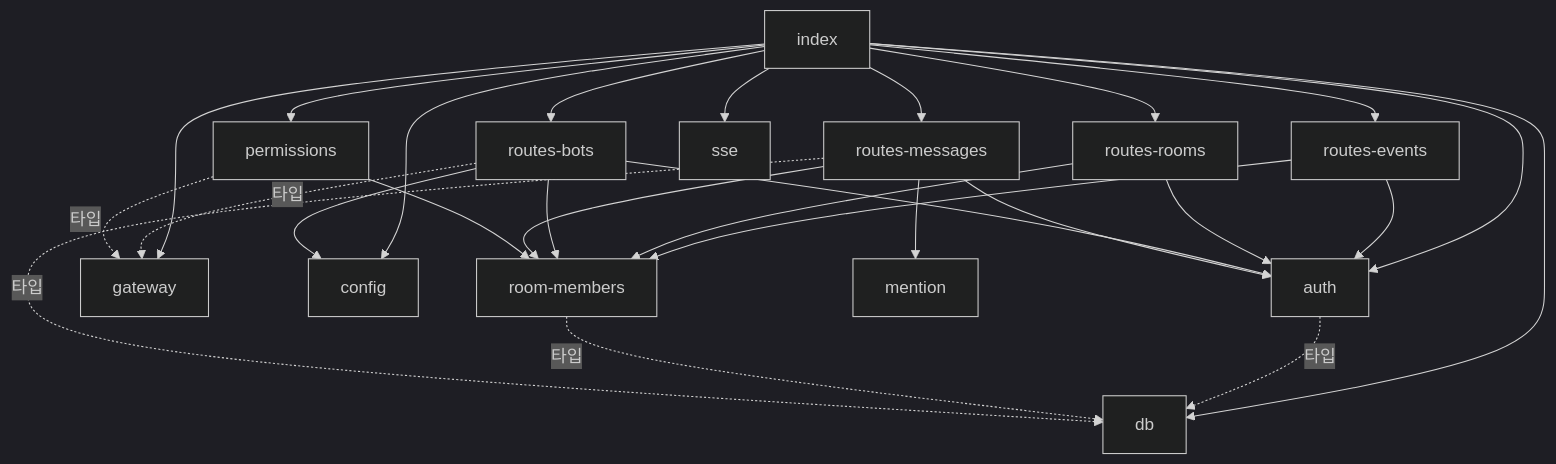
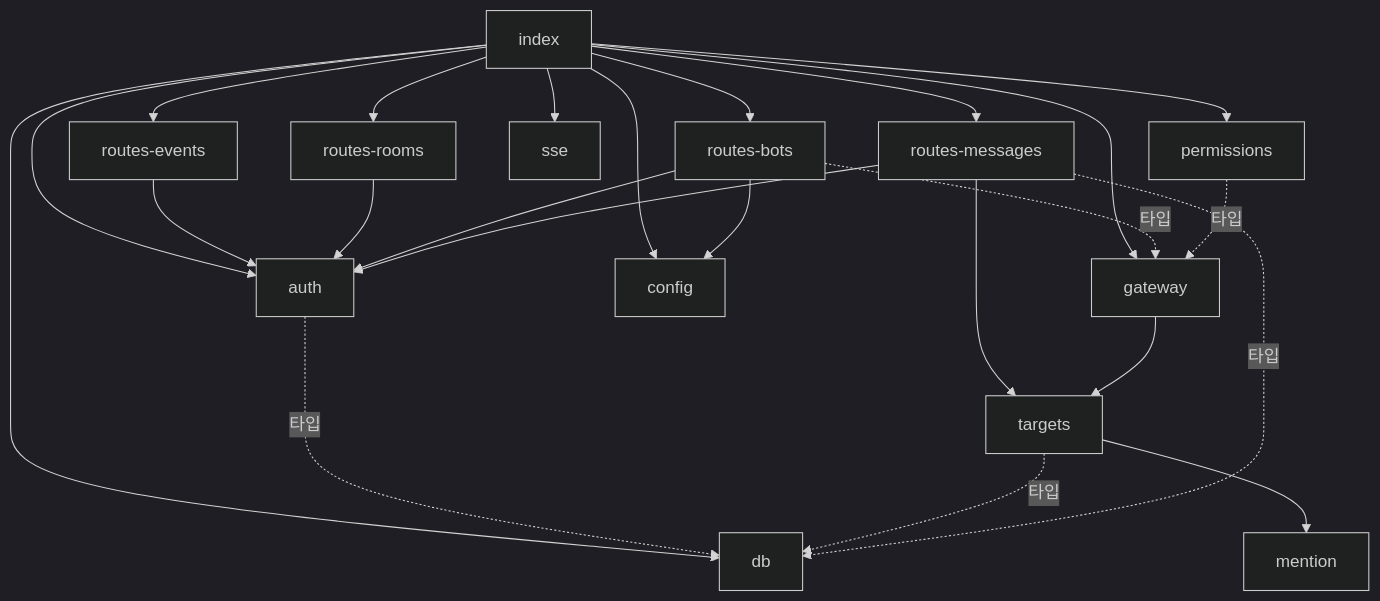
One commit to bjw202/minidiscord changed the first of 2 diagrams in .moai/project/codemaps/dependencies.md. Above: the diagram before and after it, drawn with Mermaid (dark theme). The commit also changed other lines of this file and 7 other files, not shown here.

First line of the commit message:
docs(v2-c2): README·ROADMAP·CHANGELOG·코드맵 5종을 v2 현재 코드 기준으로 — C2 5번

````diff
--- a/.moai/project/codemaps/dependencies.md
+++ b/.moai/project/codemaps/dependencies.md
@@ -7,29 +9,26 @@
 ```mermaid
 graph TD
   index --> db
   index --> auth
   index --> routes_rooms[routes-rooms]
   index --> routes_bots[routes-bots]
   index --> routes_messages[routes-messages]
   index --> routes_events[routes-events]
   index --> sse
   index --> gateway
   index --> permissions
   index --> config
   auth -.타입.-> db
-  room_members[room-members] -.타입.-> db
+  targets --> mention
+  targets -.타입.-> db
   routes_events --> auth
-  routes_events --> room_members
   routes_rooms --> auth
-  routes_rooms --> room_members
   routes_bots --> auth
-  routes_bots --> room_members
   routes_bots --> config
   routes_bots -.타입.-> gateway
   routes_messages --> auth
-  routes_messages --> room_members
-  routes_messages --> mention
+  routes_messages --> targets
   routes_messages -.타입.-> db
+  gateway --> targets
   permissions -.타입.-> gateway
-  permissions --> room_members
 ```
````
